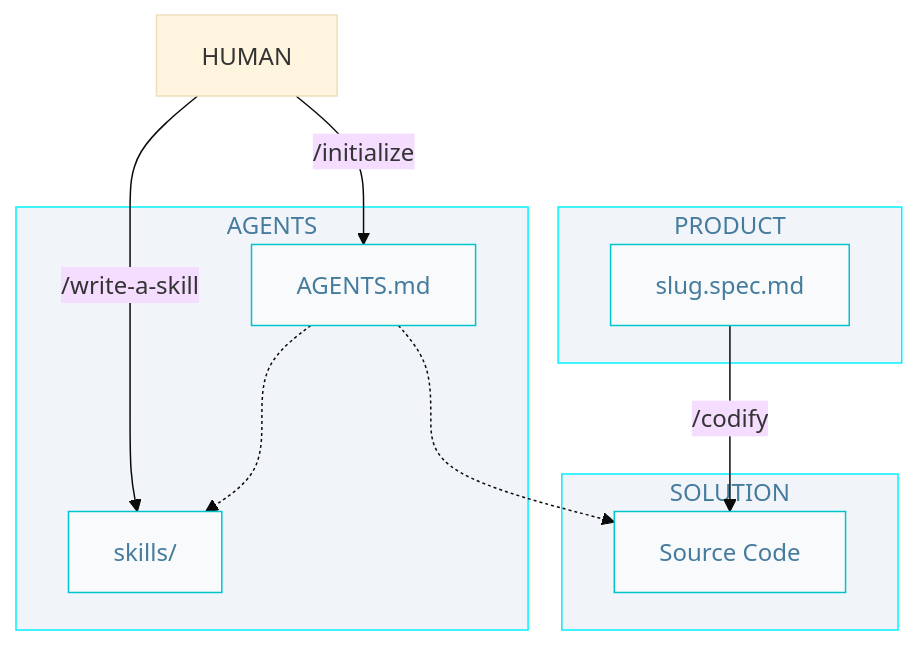
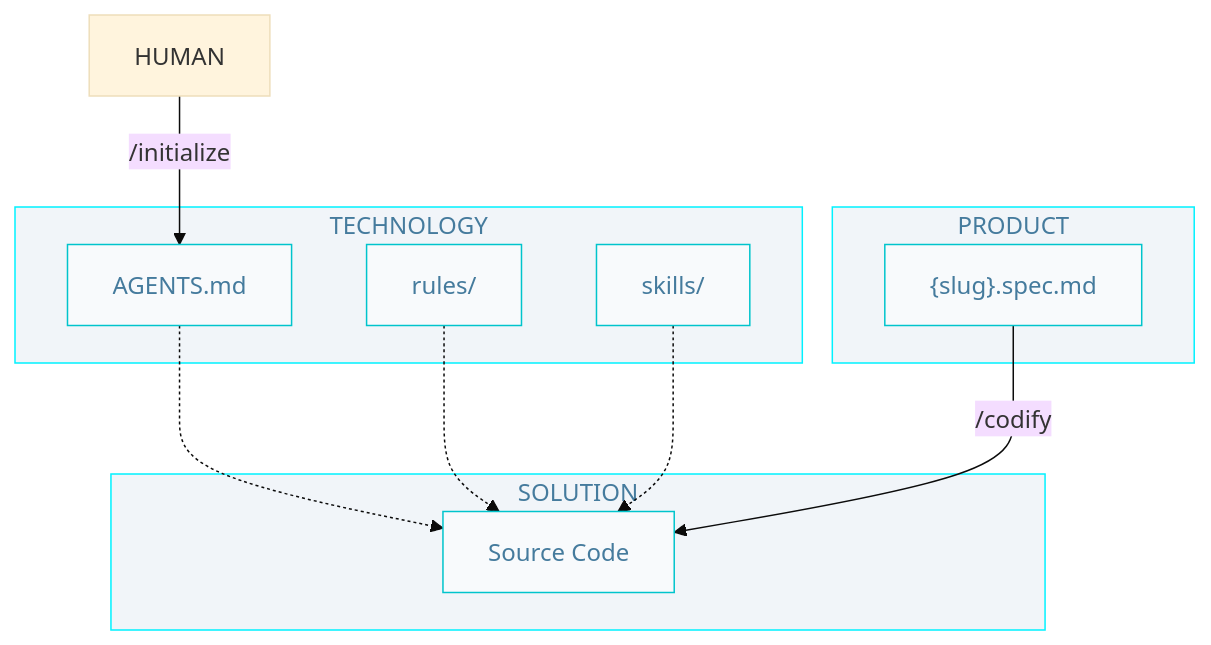
The diagram in docs/2-0-0-instrucciones_y_habilidades/demo/2-sdd.diagram.md (AlbertoBasaloLabs/programacion-inteligente), drawn with Mermaid (base theme) before and after one commit. The commit also changed other lines of this file and 3 other files, not shown here.

````diff
--- a/docs/2-0-0-instrucciones_y_habilidades/demo/2-sdd.diagram.md
+++ b/docs/2-0-0-instrucciones_y_habilidades/demo/2-sdd.diagram.md
@@ -3,28 +3,27 @@
 ```mermaid
 flowchart TD
   classDef nd fill:#f8fafc,stroke:#00c4cc,color:#457b9d
   classDef sg fill:#f1f5f9,stroke:#00f2ff,color:#457b9d 
 
   HUM[HUMAN]
 
   subgraph P["PRODUCT"]
-      REQ["slug.spec.md"]:::nd
+      REQ["{slug}.spec.md"]:::nd
   end
 
-  subgraph A["AGENTS"]
+  subgraph T["TECHNOLOGY"]
       AGT["AGENTS.md"]:::nd
       SKL["skills/"]:::nd
-  end  
+      RUL["rules/"]:::nd
+  end 
 
   subgraph S["SOLUTION"]
       COD[Source Code]:::nd
   end
 
 	HUM -->|/initialize| AGT
-  HUM -->|/write-a-skill| SKL
-  AGT -.-> SKL
-  AGT -.-> COD  
+  AGT & RUL & SKL -.-> COD  
   REQ -->|/codify| COD
 
-  class P,A,S sg
+  class P,T,S sg
 ```
````
